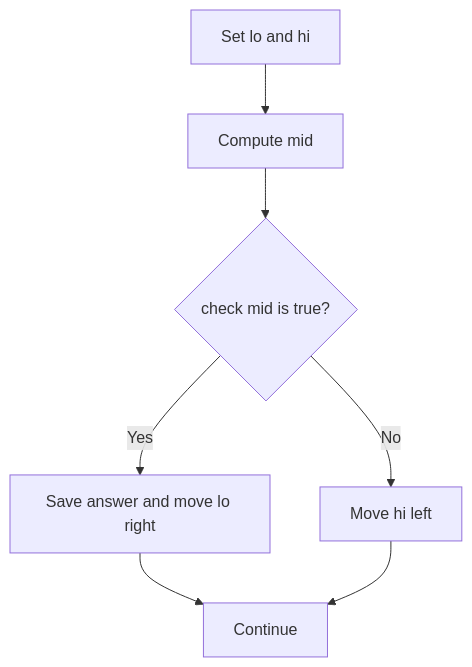
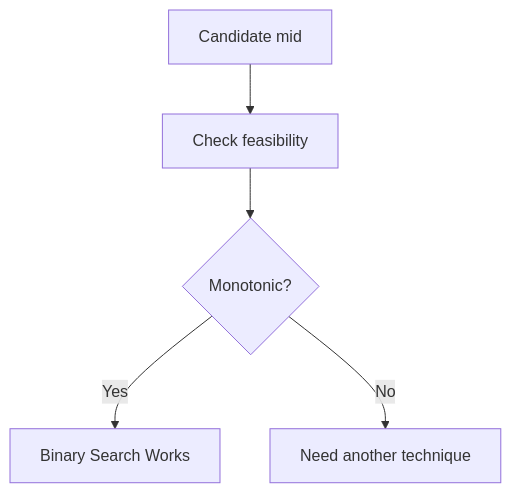
Before and after one commit to mthaiseer/springcloud-systemdesign-notes: diagram 11 of 24 in CP_DSA_NOTES/CONCEPT_FRAMEWORK_FORMS_TATICS/binary_search_playbook.md, drawn with Mermaid. The commit also changed other lines of this file, not shown here.

````diff
--- a/CP_DSA_NOTES/CONCEPT_FRAMEWORK_FORMS_TATICS/binary_search_playbook.md
+++ b/CP_DSA_NOTES/CONCEPT_FRAMEWORK_FORMS_TATICS/binary_search_playbook.md
@@ -256,9 +371,7 @@
 ```mermaid
 flowchart TD
-    A["Set lo and hi"] --> B["Compute mid"]
-    B --> C{"check mid is true?"}
-    C -->|"Yes"| D["Save answer and move lo right"]
-    C -->|"No"| E["Move hi left"]
-    D --> F["Continue"]
-    E --> F
+    A["Candidate mid"] --> B["Check feasibility"]
+    B --> C{"Monotonic?"}
+    C -->|"Yes"| D["Binary Search Works"]
+    C -->|"No"| E["Need another technique"]
 ```
````
